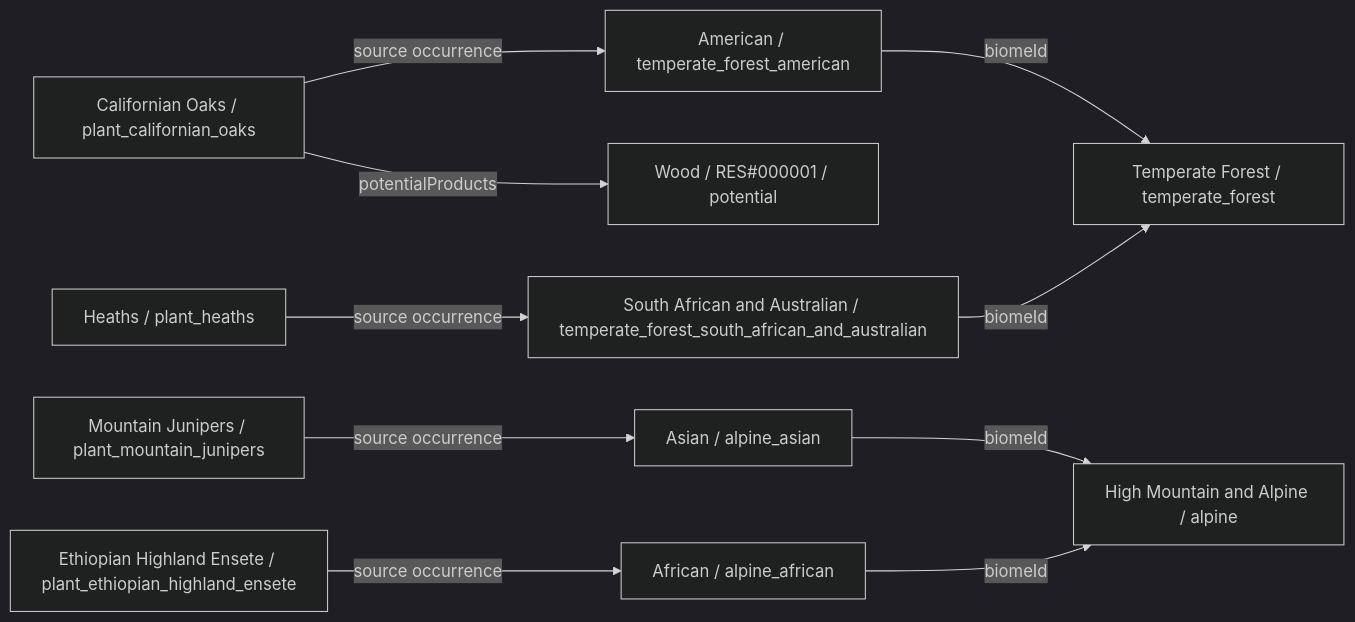
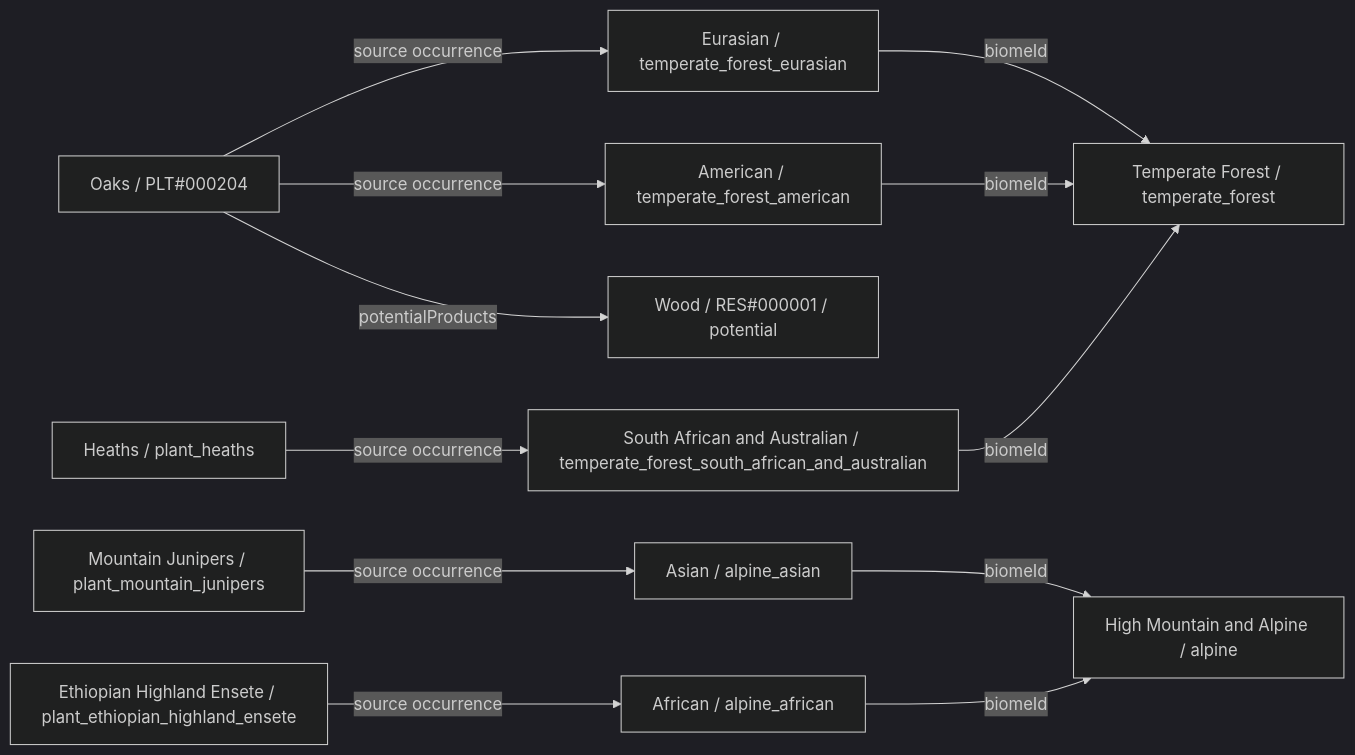
Before and after one commit to fgabo404/EvolveDoc: the ninth of 34 diagrams in data/plants/DIAGRAMS.md, drawn with Mermaid (dark theme). The commit also changed other lines of this file and 59 other files, not shown here.

````diff
--- a/data/plants/DIAGRAMS.md
+++ b/data/plants/DIAGRAMS.md
@@ -412,23 +367,26 @@
 ```mermaid
 flowchart LR
-    c0["Californian Oaks / plant_californian_oaks"]
+    c0["Oaks / PLT#000204"]
+    v4["Eurasian / temperate_forest_eurasian"]
+    b1["Temperate Forest / temperate_forest"]
     v5["American / temperate_forest_american"]
-    b1["Temperate Forest / temperate_forest"]
     o0_0["Wood / RES#000001 / potential"]
     c1["Mountain Junipers / plant_mountain_junipers"]
     v24["Asian / alpine_asian"]
     b6["High Mountain and Alpine / alpine"]
     c2["Ethiopian Highland Ensete / plant_ethiopian_highland_ensete"]
     v26["African / alpine_african"]
     c3["Heaths / plant_heaths"]
     v6["South African and Australian / temperate_forest_south_african_and_australian"]
     c0 -->|potentialProducts| o0_0
+    c0 -->|source occurrence| v4
     c0 -->|source occurrence| v5
     c1 -->|source occurrence| v24
     c2 -->|source occurrence| v26
     c3 -->|source occurrence| v6
     v24 -->|biomeId| b6
     v26 -->|biomeId| b6
+    v4 -->|biomeId| b1
     v5 -->|biomeId| b1
     v6 -->|biomeId| b1
 ```
````
